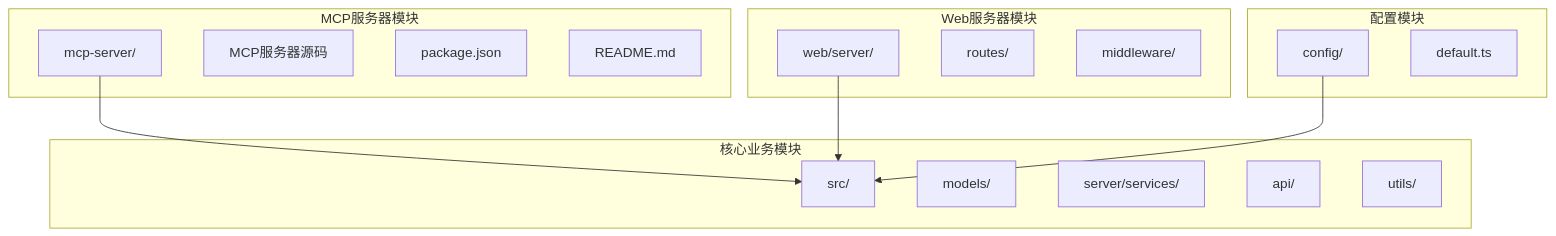
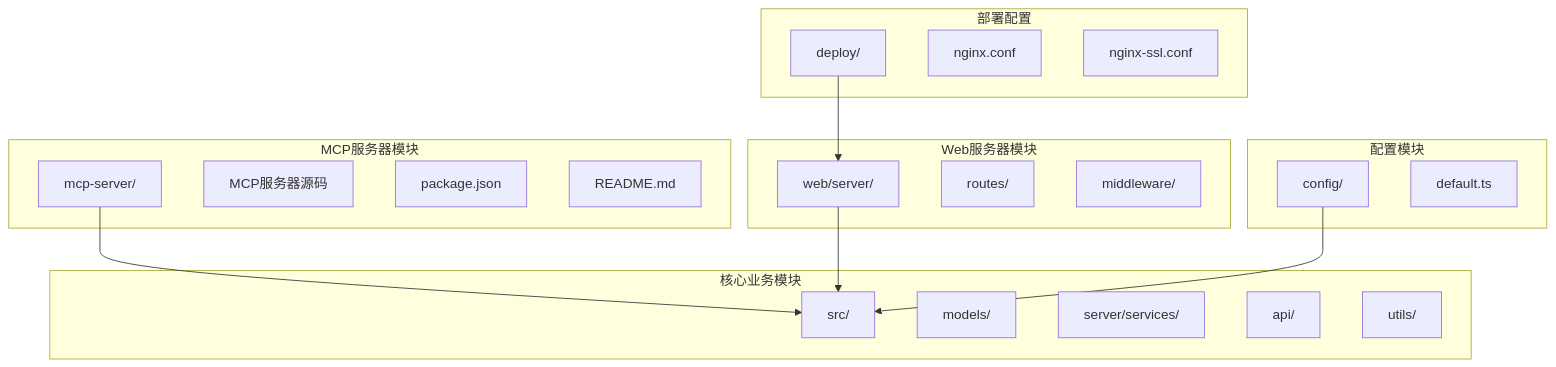
The first of 17 diagrams in .qoder/repowiki/zh/content/核心模块详解/MCP服务器集成.md (songdiyang/clawOperations), drawn with Mermaid before and after one commit. The commit also changed other lines of this file and 10 other files, not shown here.

````diff
--- a/.qoder/repowiki/zh/content/核心模块详解/MCP服务器集成.md
+++ b/.qoder/repowiki/zh/content/核心模块详解/MCP服务器集成.md
@@ -54,29 +60,35 @@
 ```mermaid
 graph TB
 subgraph "MCP服务器模块"
 MCP[mcp-server/]
 MCP_SRC[MCP服务器源码]
 MCP_PKG[package.json]
 MCP_README[README.md]
 end
 subgraph "核心业务模块"
 SRC[src/]
 MODELS[models/]
 SERVICES[services/]
 API[api/]
 UTILS[utils/]
 end
 subgraph "Web服务器模块"
 WEB_SERVER[web/server/]
 ROUTES[routes/]
 SERVICES[server/services/]
 MIDDLEWARE[middleware/]
 end
 subgraph "配置模块"
 CONFIG[config/]
 DEFAULT_TS[default.ts]
 end
+subgraph "部署配置"
+DEPLOY[deploy/]
+NGINX_CONF[nginx.conf]
+NGINX_SSL_CONF[nginx-ssl.conf]
+end
 MCP --> SRC
 WEB_SERVER --> SRC
 CONFIG --> SRC
+DEPLOY --> WEB_SERVER
 ```
````
